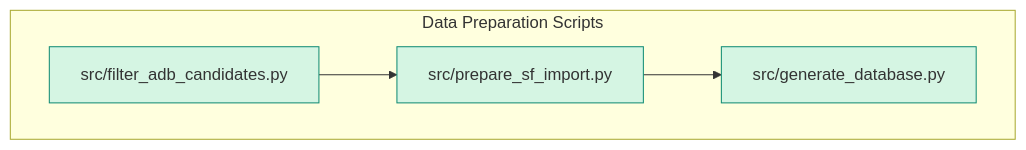
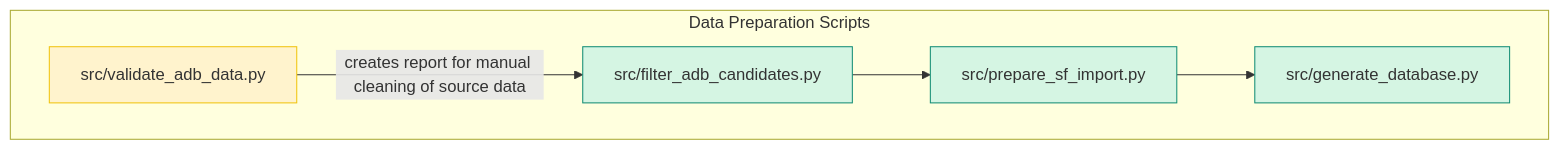
Before and after one commit to peterjmarko/llm-narrative-framework: the diagram in docs/diagrams/arch_prep_codebase.mmd, drawn with Mermaid. The commit also changed 19 other files, not shown here.

```diff
--- a/docs/diagrams/arch_prep_codebase.mmd
+++ b/docs/diagrams/arch_prep_codebase.mmd
@@ -1,13 +1,16 @@
 graph TD
-    A[src/filter_adb_candidates.py] --> B[src/prepare_sf_import.py];
-    B --> C[src/generate_database.py];
-
     subgraph "Data Preparation Scripts"
-        A
-        B
-        C
+        V[src/validate_adb_data.py]
+        A[src/filter_adb_candidates.py]
+        B[src/prepare_sf_import.py]
+        C[src/generate_database.py]
     end
 
+    V -- "creates report for manual cleaning of source data" --> A;
+    A --> B;
+    B --> C;
+
+    style V fill:#fff3cd,stroke:#f1c40f
     style A fill:#D5F5E3,stroke:#138D75
     style B fill:#D5F5E3,stroke:#138D75
     style C fill:#D5F5E3,stroke:#138D75
```
